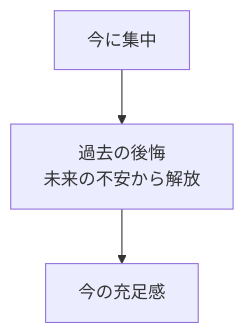
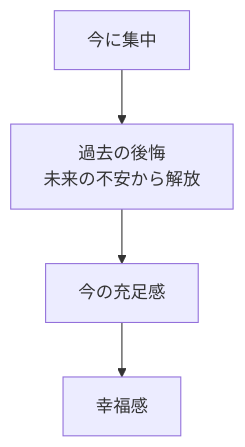
Before and after one commit to tndg16-bot/portfolio-site: the fourth of 4 diagrams in content/blog/283-happiness-mental-model-present.md, drawn with Mermaid. The commit also changed other lines of this file and 19 other files, not shown here.

````diff
--- a/content/blog/283-happiness-mental-model-present.md
+++ b/content/blog/283-happiness-mental-model-present.md
@@ -88,5 +117,6 @@
 ```mermaid
 graph TD
     A[今に集中] --> B[過去の後悔<br/>未来の不安から解放]
     B --> C[今の充足感]
+    C --> D[幸福感]
 ```
````
